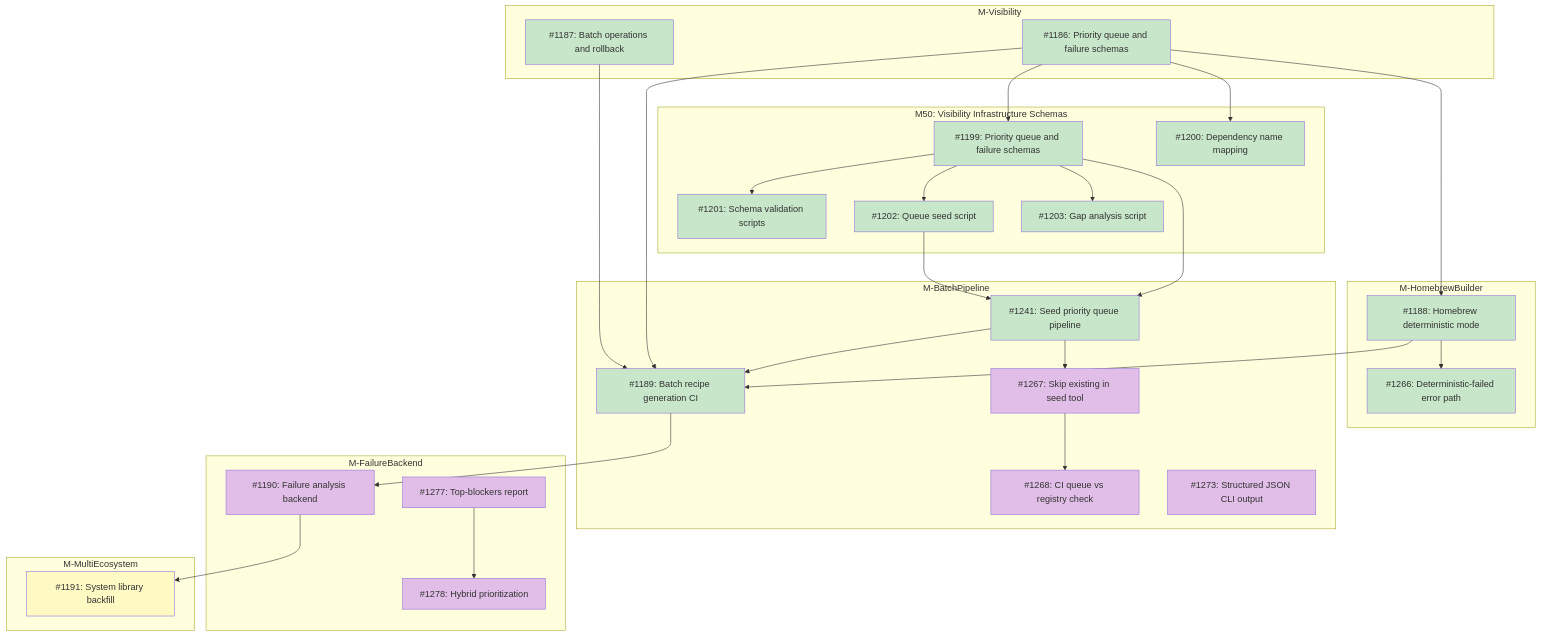
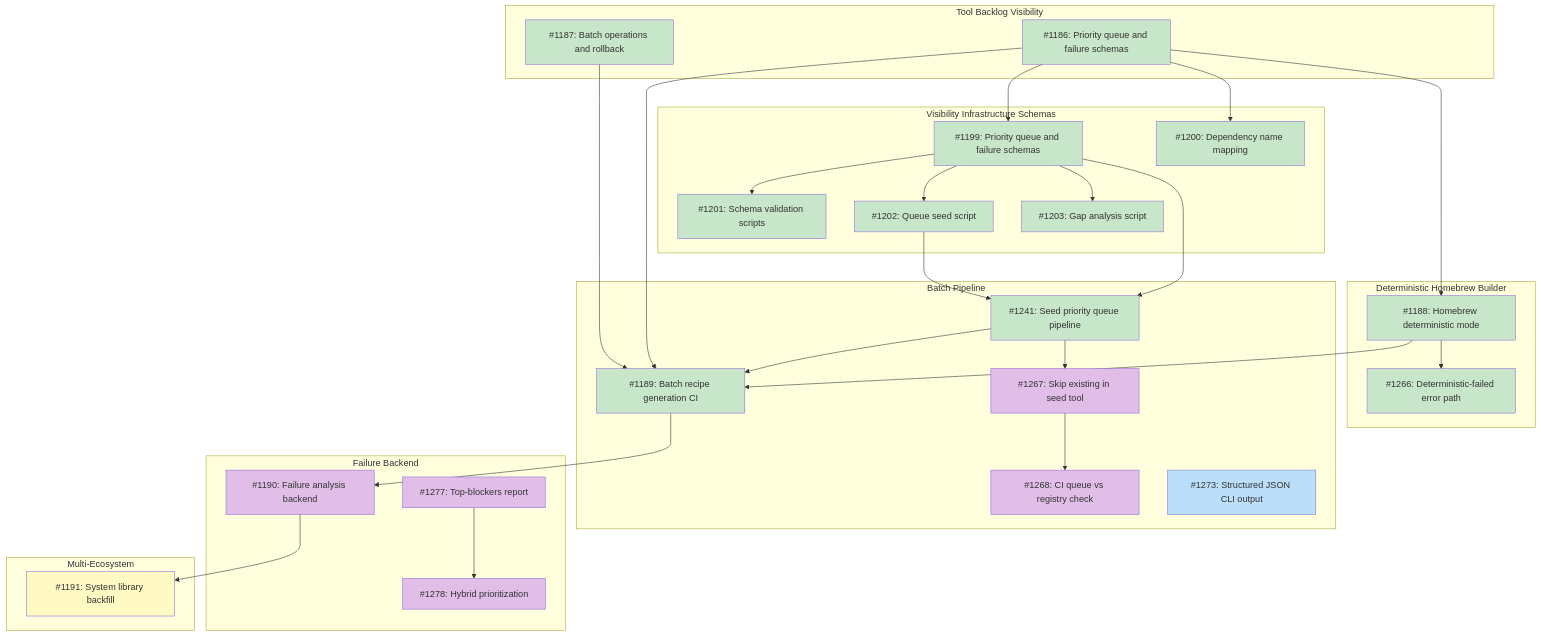
The diagram in docs/designs/DESIGN-registry-scale-strategy.md (tsukumogami/tsuku), drawn with Mermaid before and after one commit. The commit also changed other lines of this file and 7 other files, not shown here.

````diff
--- a/docs/designs/DESIGN-registry-scale-strategy.md
+++ b/docs/designs/DESIGN-registry-scale-strategy.md
@@ -76,80 +76,80 @@
 ```mermaid
 graph TD
-    subgraph M_Visibility["M-Visibility"]
+    subgraph M_Visibility["Tool Backlog Visibility"]
         I1186["#1186: Priority queue and failure schemas"]
         I1187["#1187: Batch operations and rollback"]
     end
 
-    subgraph M50["M50: Visibility Infrastructure Schemas"]
+    subgraph M50["Visibility Infrastructure Schemas"]
         I1199["#1199: Priority queue and failure schemas"]
         I1200["#1200: Dependency name mapping"]
         I1201["#1201: Schema validation scripts"]
         I1202["#1202: Queue seed script"]
         I1203["#1203: Gap analysis script"]
     end
 
-    subgraph M_HomebrewBuilder["M-HomebrewBuilder"]
+    subgraph M_HomebrewBuilder["Deterministic Homebrew Builder"]
         I1188["#1188: Homebrew deterministic mode"]
         I1266["#1266: Deterministic-failed error path"]
     end
 
-    subgraph M_BatchPipeline["M-BatchPipeline"]
+    subgraph M_BatchPipeline["Batch Pipeline"]
         I1241["#1241: Seed priority queue pipeline"]
         I1189["#1189: Batch recipe generation CI"]
         I1267["#1267: Skip existing in seed tool"]
         I1268["#1268: CI queue vs registry check"]
         I1273["#1273: Structured JSON CLI output"]
     end
 
-    subgraph M_FailureBackend["M-FailureBackend"]
+    subgraph M_FailureBackend["Failure Backend"]
         I1190["#1190: Failure analysis backend"]
         I1277["#1277: Top-blockers report"]
         I1278["#1278: Hybrid prioritization"]
     end
 
-    subgraph M_MultiEcosystem["M-MultiEcosystem"]
+    subgraph M_MultiEcosystem["Multi-Ecosystem"]
         I1191["#1191: System library backfill"]
     end
 
     I1186 --> I1199
     I1186 --> I1200
     I1199 --> I1201
     I1199 --> I1202
     I1199 --> I1203
     I1199 --> I1241
     I1202 --> I1241
     I1186 --> I1188
     I1241 --> I1189
     I1186 --> I1189
     I1187 --> I1189
     I1188 --> I1189
     I1188 --> I1266
     I1241 --> I1267
     I1267 --> I1268
     I1189 --> I1190
     I1190 --> I1191
     I1277 --> I1278
 
     classDef done fill:#c8e6c9
     classDef ready fill:#bbdefb
     classDef blocked fill:#fff9c4
     classDef needsDesign fill:#e1bee7
 
     class I1186,I1187 done
     class I1200 done
     class I1199 done
     class I1188 done
     class I1201 done
     class I1202 done
     class I1203 done
     class I1241 done
     class I1189 done
     class I1267 needsDesign
     class I1268 needsDesign
-    class I1273 needsDesign
+    class I1273 ready
     class I1266 done
     class I1190 needsDesign
     class I1277 needsDesign
     class I1278 needsDesign
     class I1191 blocked
 ```
````
